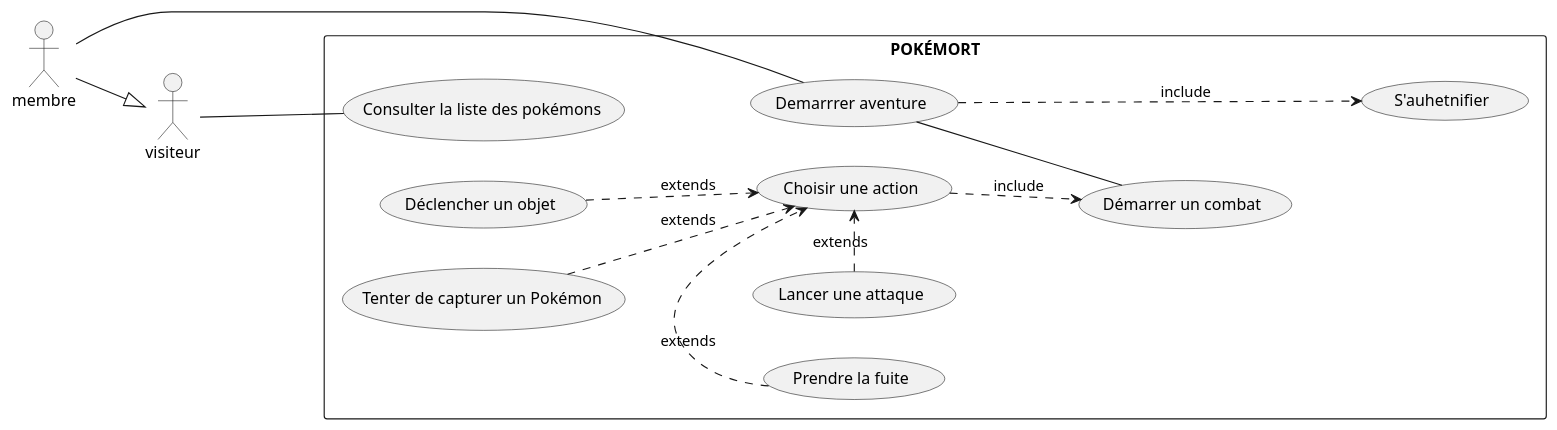
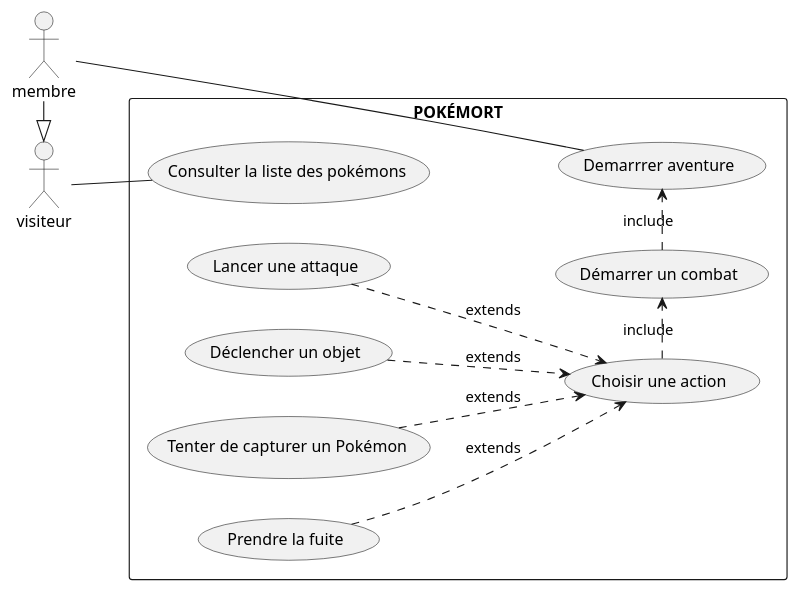
The diagram in documents/merise/uml/usecase/trainer.wsd (cedwics10/pokemort), drawn with PlantUML before and after one commit. The commit also changed 2 other files, not shown here.

Commit message:
Specification draft - ready for class diagramm

```diff
--- a/documents/merise/uml/usecase/trainer.wsd
+++ b/documents/merise/uml/usecase/trainer.wsd
@@ -1,41 +1,40 @@
 @startuml
 left to right direction
 skinparam packageStyle rectangle
 
 actor visiteur
 actor membre
 
-membre --|> visiteur
+membre -|> visiteur
 
 rectangle "POKÉMORT" {
 
-    usecase "S'auhetnifier" as AUTH
     usecase "Demarrrer aventure" as START
     usecase "Consulter la liste des pokémons" as POKEDEX
 
     usecase "Démarrer un combat" as BATTLE
 
     usecase "Choisir une action" as LAUNCH
 
     usecase "Lancer une attaque" as ATTACK
     usecase "Déclencher un objet" as OBJECT
     usecase "Tenter de capturer un Pokémon" as CATCH
     usecase "Prendre la fuite" as FLEE
 
-    visiteur --- (POKEDEX)
+    visiteur -- (POKEDEX)
 
     membre - (START)
 
-    (START) ...> (AUTH) : include
-    (START) -- (BATTLE)
+    (BATTLE) .>  (START) : include
 
-    (LAUNCH) ..> (BATTLE) : include
+    (LAUNCH) .> (BATTLE) : include
     
+    (FLEE) ..> (LAUNCH) : extends
     (OBJECT) ..> (LAUNCH) : extends
+    (ATTACK) ..> (LAUNCH) : extends
     (CATCH) ..> (LAUNCH) : extends
-    (ATTACK) .> (LAUNCH) : extends
-    (FLEE) .> (LAUNCH) : extends
+
 
 }
 
 @enduml
```
